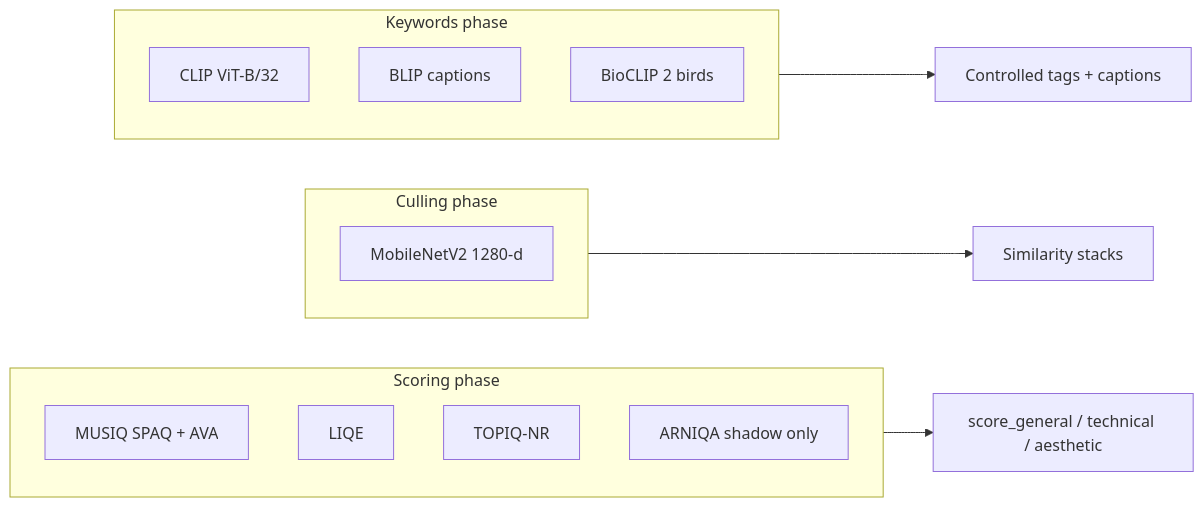
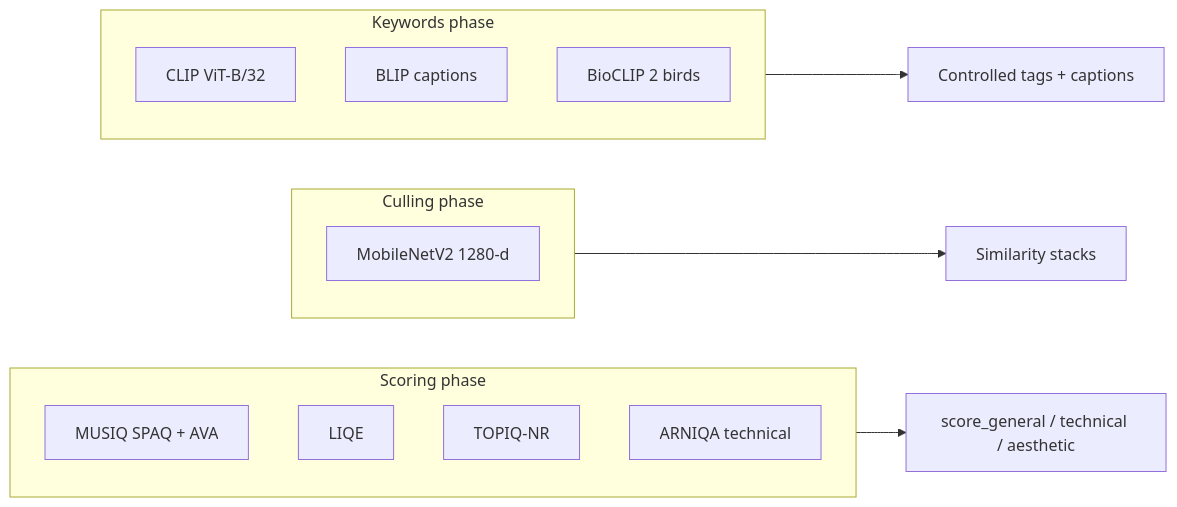
The first of 2 diagrams in docs/NEW_MODELS_SUMMARY.md (synthet/image-scoring-pipeline), drawn with Mermaid before and after one commit. The commit also changed other lines of this file and 7 other files, not shown here.

````diff
--- a/docs/NEW_MODELS_SUMMARY.md
+++ b/docs/NEW_MODELS_SUMMARY.md
@@ -25,20 +25,20 @@
 ```mermaid
 flowchart LR
   subgraph scoring [Scoring phase]
     MUSIQ[MUSIQ SPAQ + AVA]
     LIQE[LIQE]
     TOPIQ[TOPIQ-NR]
-    ARNIQA[ARNIQA shadow only]
+    ARNIQA[ARNIQA technical]
   end
   subgraph culling [Culling phase]
     MN[MobileNetV2 1280-d]
   end
   subgraph keywords [Keywords phase]
     CLIP[CLIP ViT-B/32]
     BLIP[BLIP captions]
     Bio[BioCLIP 2 birds]
   end
   scoring --> composites[score_general / technical / aesthetic]
   culling --> stacks[Similarity stacks]
   keywords --> tags[Controlled tags + captions]
 ```
````
